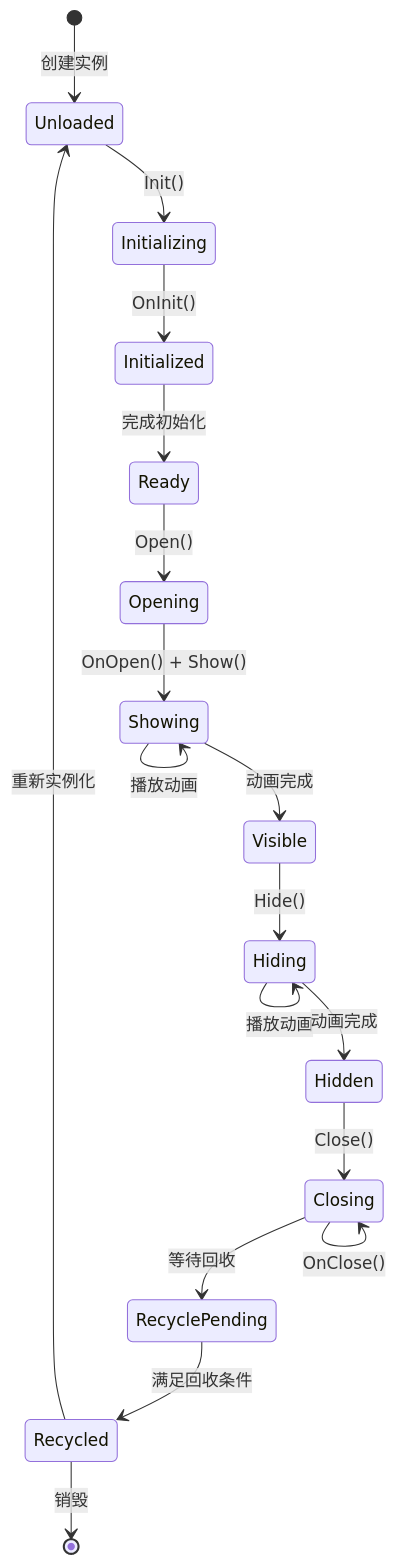
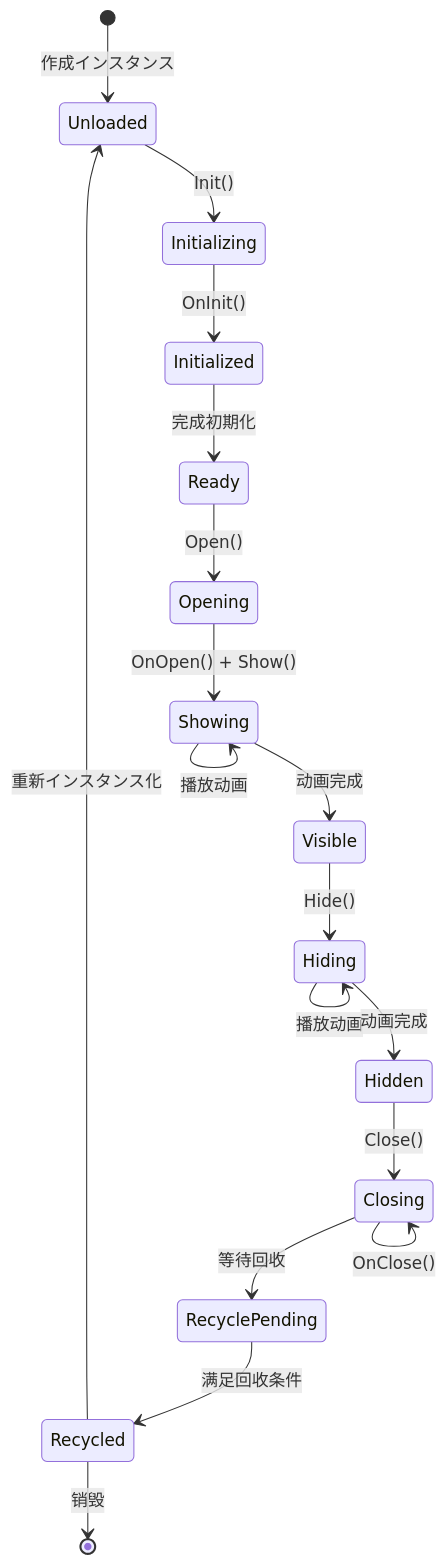
Before and after one commit to AlianBlank/GameFrameX.Docs: the third of 4 diagrams in docs/ja/client/unity/component/ui/06.ui-form.md, drawn with Mermaid. The commit also changed other lines of this file and 603 other files, not shown here.

````diff
--- a/docs/ja/client/unity/component/ui/06.ui-form.md
+++ b/docs/ja/client/unity/component/ui/06.ui-form.md
@@ -108,20 +108,20 @@
 ```mermaid
 stateDiagram-v2
-    [*] --> Unloaded: 创建实例
+    [*] --> Unloaded: 作成インスタンス
     Unloaded --> Initializing: Init()
     Initializing --> Initialized: OnInit()
-    Initialized --> Ready: 完成初始化
+    Initialized --> Ready: 完成初期化
     Ready --> Opening: Open()
     Opening --> Showing: OnOpen() + Show()
     Showing --> Showing: 播放动画
     Showing --> Visible: 动画完成
     Visible --> Hiding: Hide()
     Hiding --> Hiding: 播放动画
     Hiding --> Hidden: 动画完成
     Hidden --> Closing: Close()
     Closing --> Closing: OnClose()
     Closing --> RecyclePending: 等待回收
     RecyclePending --> Recycled: 满足回收条件
-    Recycled --> Unloaded: 重新实例化
+    Recycled --> Unloaded: 重新インスタンス化
     Recycled --> [*]: 销毁
 ```
````
